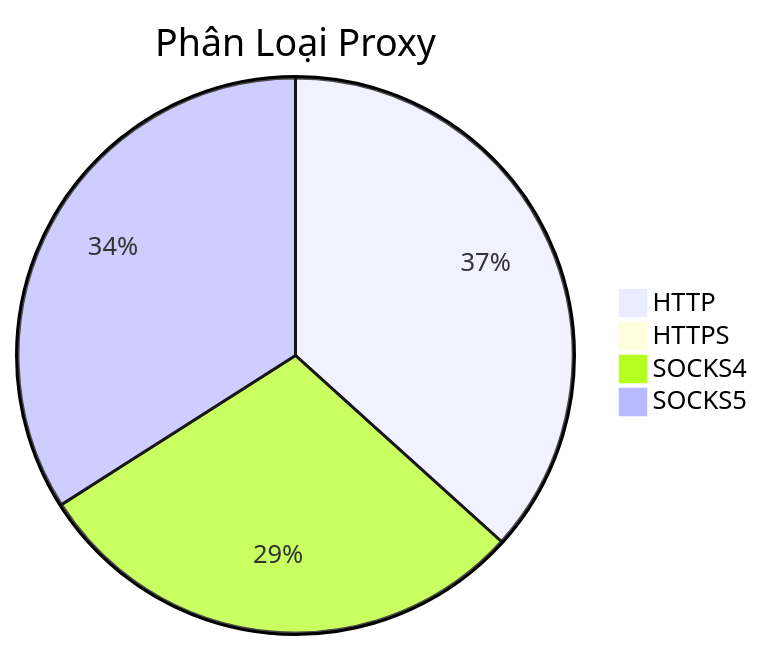
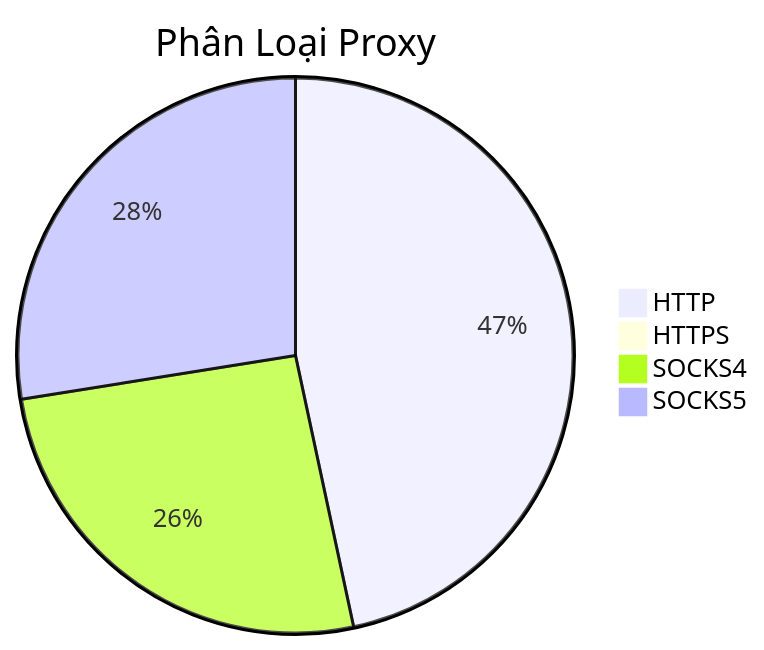
One commit to Ciara-12/PROXY-free changed the diagram in README.md. Above: the diagram before and after it, drawn with Mermaid. The commit also changed other lines of this file and 3 other files, not shown here.

````diff
--- a/README.md
+++ b/README.md
@@ -26,7 +26,7 @@
 ```mermaid
 pie title Phân Loại Proxy
-    "HTTP" : 386
+    "HTTP" : 583
     "HTTPS" : 0
-    "SOCKS4" : 308
-    "SOCKS5" : 358
+    "SOCKS4" : 323
+    "SOCKS5" : 344
 ```
````
